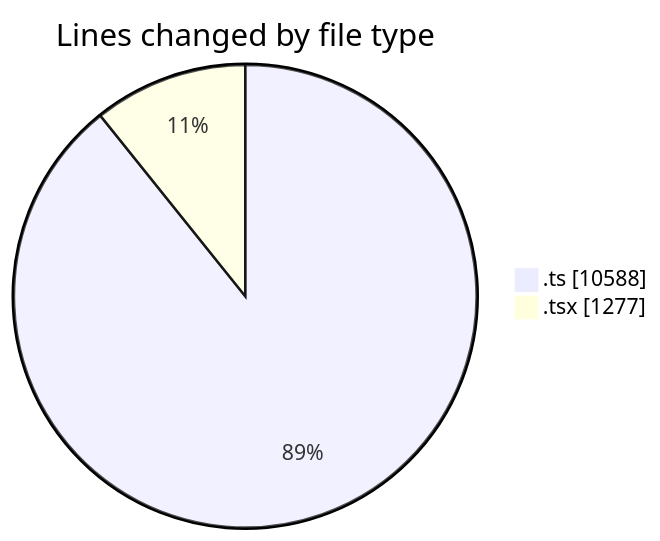
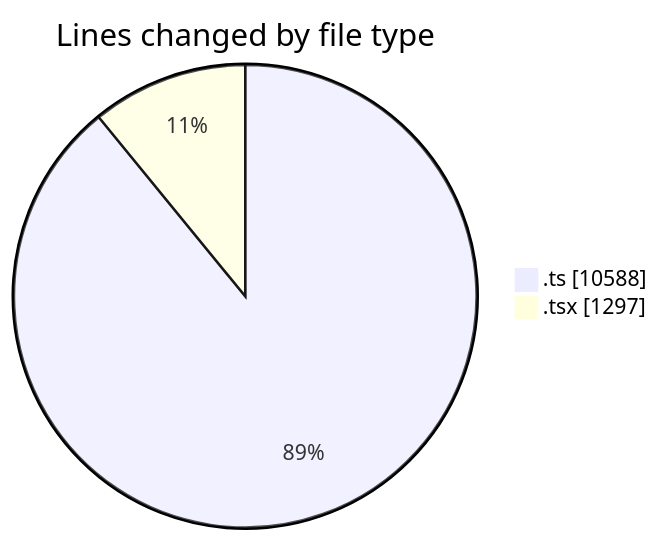
Before and after one commit to momahboobian/code-tracking: the first of 2 diagrams in 2025-06-11/cda/README.md, drawn with Mermaid. The commit also changed other lines of this file and 1 other file, not shown here.

````diff
--- a/2025-06-11/cda/README.md
+++ b/2025-06-11/cda/README.md
@@ -28,6 +28,6 @@
 ```mermaid
 pie showData
 title Lines changed by file type
 ".ts" : 10588
-".tsx" : 1277
+".tsx" : 1297
 ```
````
